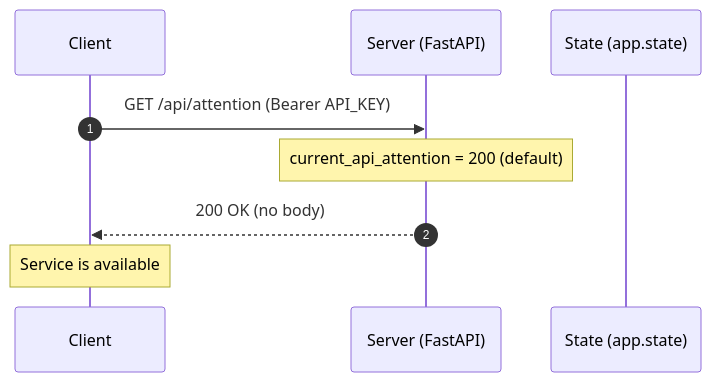
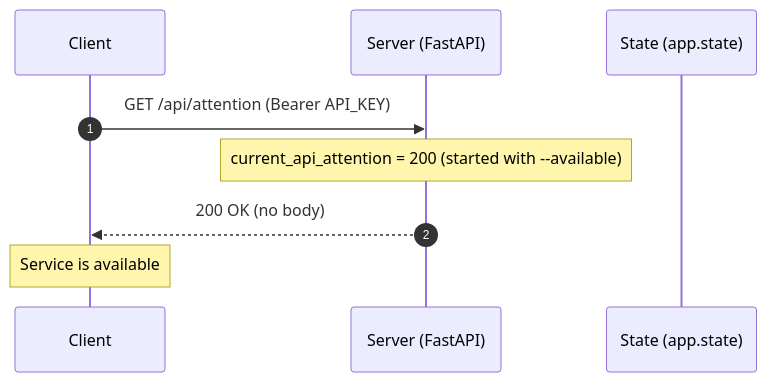
The first of 8 diagrams in doc/SEQUENCES.md (bringout/ofs-mockup-srv), drawn with Mermaid before and after one commit. The commit also changed 3 other files, not shown here.

````diff
--- a/doc/SEQUENCES.md
+++ b/doc/SEQUENCES.md
@@ -6,12 +6,12 @@
 ```mermaid
 sequenceDiagram
     autonumber
     participant C as Client
     participant S as Server (FastAPI)
     participant ST as State (app.state)
 
     C->>S: GET /api/attention (Bearer API_KEY)
-    Note over S: current_api_attention = 200 (default)
+    Note over S: current_api_attention = 200 (started with --available)
     S-->>C: 200 OK (no body)
     Note over C: Service is available
 ```
````
